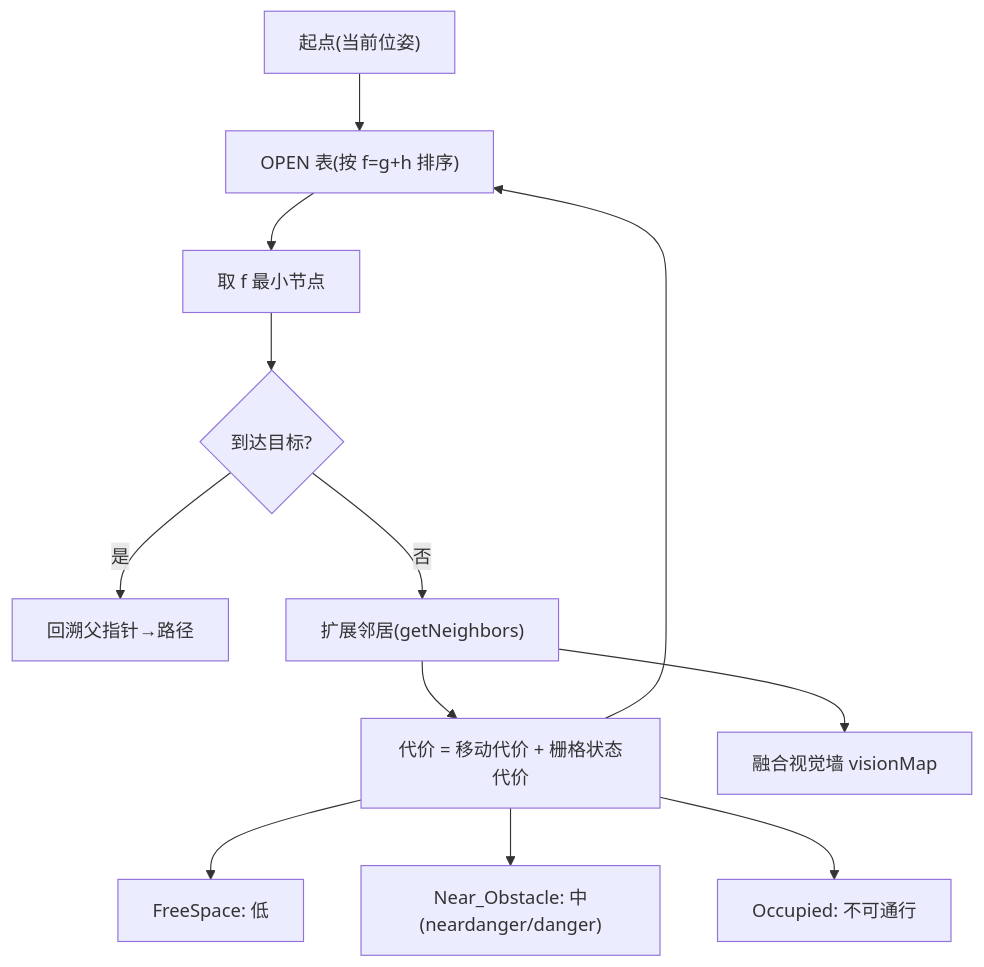
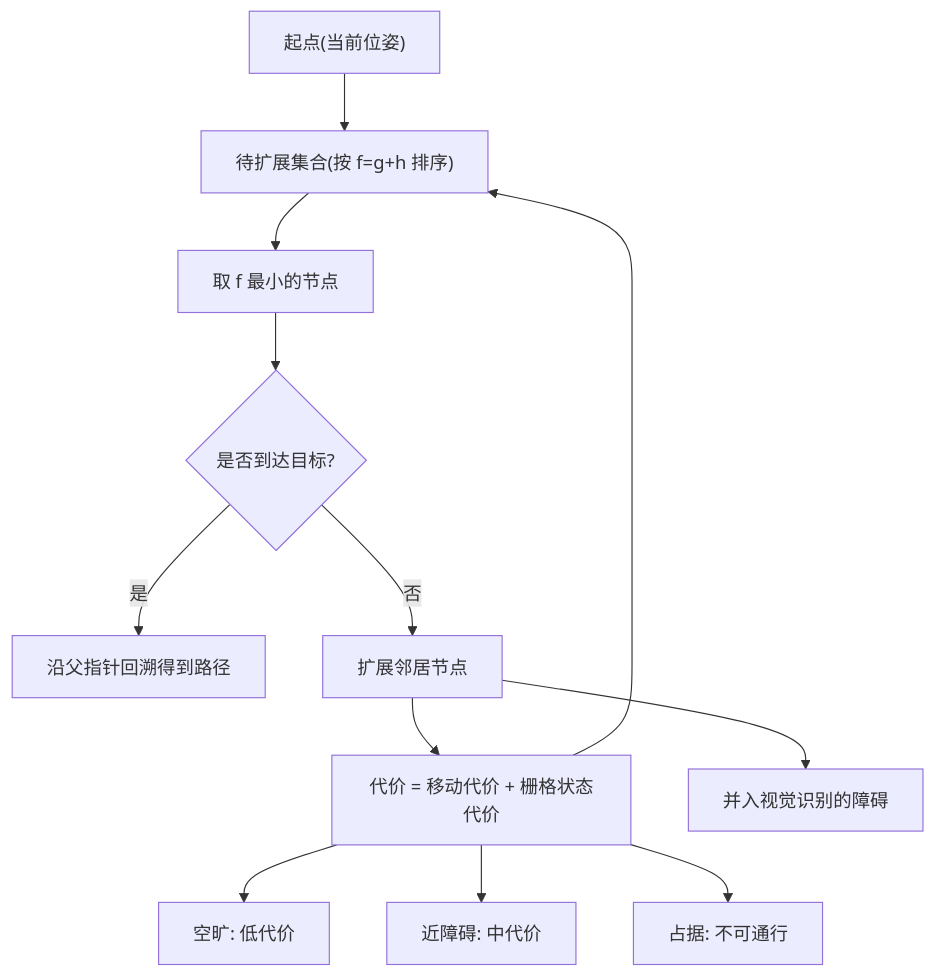
Diagram 11 of 33 in 竞赛文档/作品设计文档.md (Drahann/OpenHarmonyCar), drawn with Mermaid before and after one commit. The commit also changed other lines of this file and 37 other files, not shown here.

````diff
--- a/竞赛文档/作品设计文档.md
+++ b/竞赛文档/作品设计文档.md
@@ -499,14 +469,14 @@
 ```mermaid
 graph TB
-  START["起点(当前位姿)"] --> OPEN["OPEN 表(按 f=g+h 排序)"]
-  OPEN --> POP["取 f 最小节点"]
-  POP --> GOAL{"到达目标?"}
-  GOAL -->|是| PATH["回溯父指针→路径"]
-  GOAL -->|否| NB["扩展邻居(getNeighbors)"]
+  START["起点(当前位姿)"] --> OPEN["待扩展集合(按 f=g+h 排序)"]
+  OPEN --> POP["取 f 最小的节点"]
+  POP --> GOAL{"是否到达目标?"}
+  GOAL -->|是| PATH["沿父指针回溯得到路径"]
+  GOAL -->|否| NB["扩展邻居节点"]
   NB --> COST["代价 = 移动代价 + 栅格状态代价"]
-  COST --> C1["FreeSpace: 低"]
-  COST --> C2["Near_Obstacle: 中(neardanger/danger)"]
-  COST --> C3["Occupied: 不可通行"]
-  NB --> VIS["融合视觉墙 visionMap"]
+  COST --> C1["空旷: 低代价"]
+  COST --> C2["近障碍: 中代价"]
+  COST --> C3["占据: 不可通行"]
+  NB --> VIS["并入视觉识别的障碍"]
   COST --> OPEN
 ```
````
